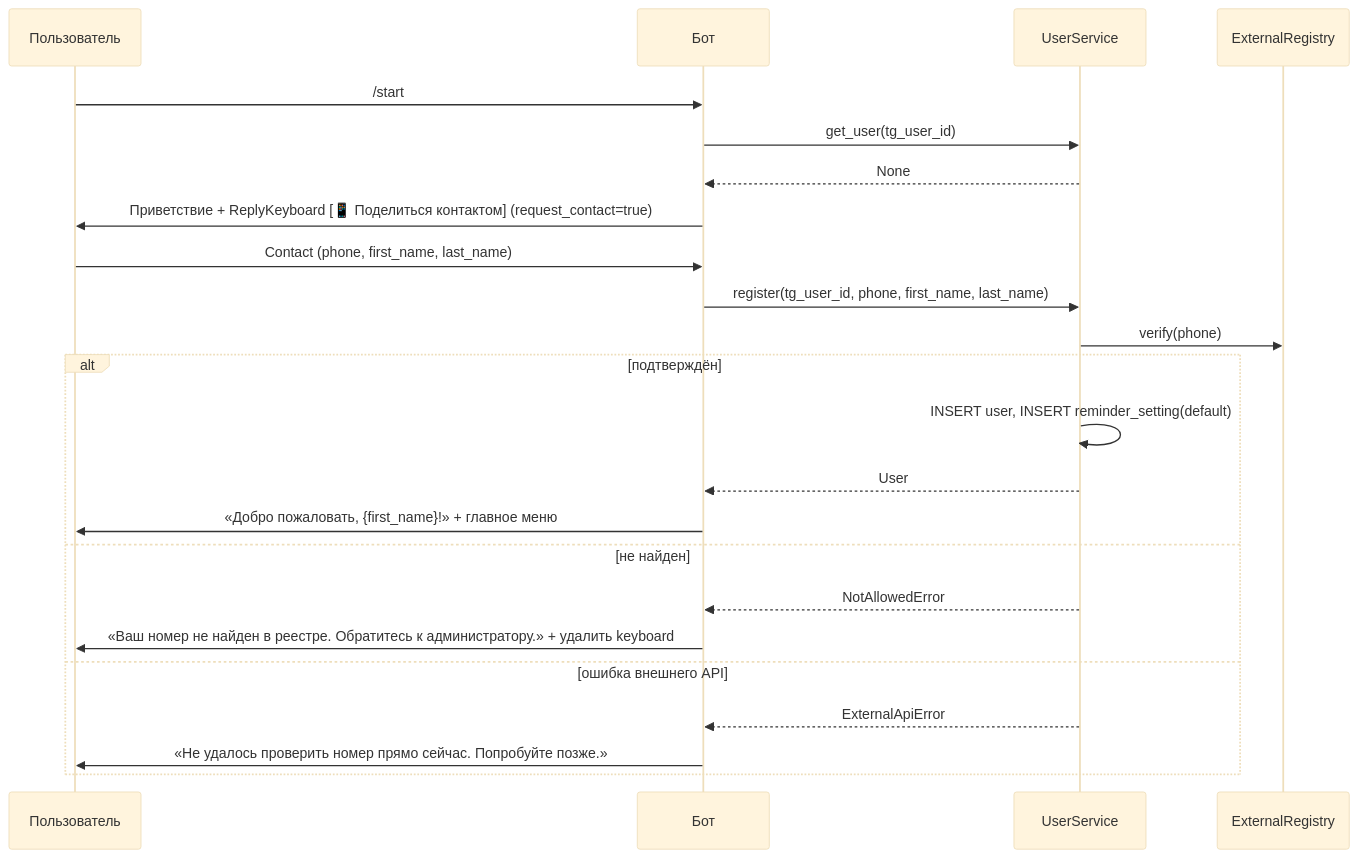
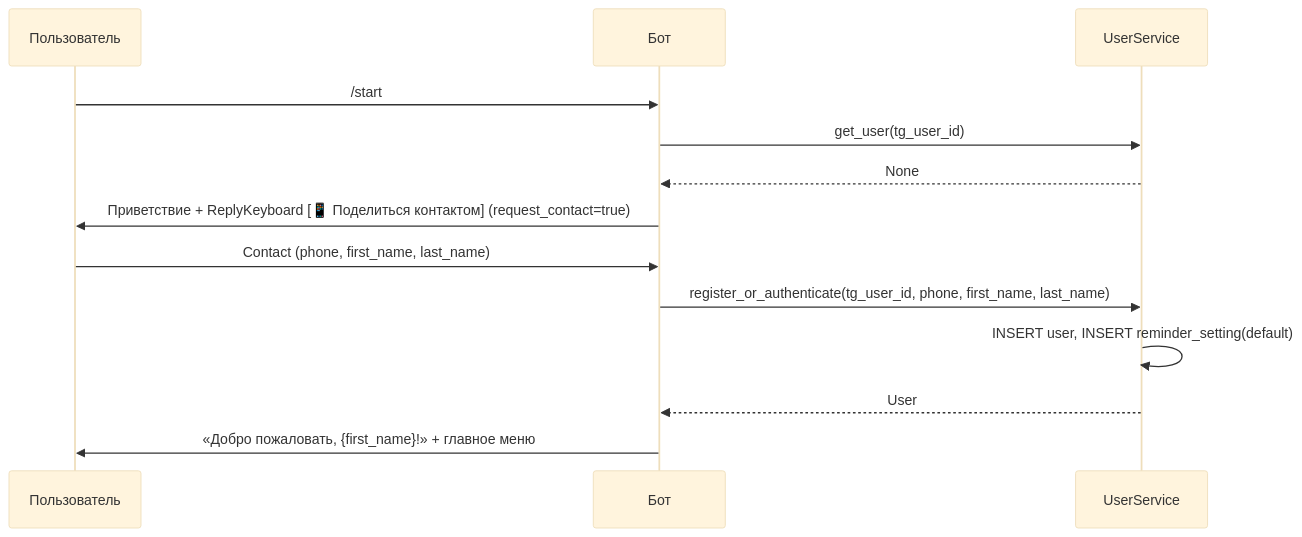
The first of 2 diagrams in docs/04-bot-flows.md (nmetluk/bettgbot), drawn with Mermaid (base theme) before and after one commit. The commit also changed other lines of this file and 5 other files, not shown here.

First line of the commit message:
docs(handoff): TASK-096 open registration, remove external registry

````diff
--- a/docs/04-bot-flows.md
+++ b/docs/04-bot-flows.md
@@ -23,26 +25,16 @@
 ```mermaid
 sequenceDiagram
     participant U as Пользователь
     participant B as Бот
     participant US as UserService
-    participant E as ExternalRegistry
 
     U->>B: /start
     B->>US: get_user(tg_user_id)
     US-->>B: None
     B->>U: Приветствие + ReplyKeyboard [📱 Поделиться контактом] (request_contact=true)
     U->>B: Contact (phone, first_name, last_name)
-    B->>US: register(tg_user_id, phone, first_name, last_name)
-    US->>E: verify(phone)
-    alt подтверждён
-        US->>US: INSERT user, INSERT reminder_setting(default)
-        US-->>B: User
-        B->>U: «Добро пожаловать, {first_name}!» + главное меню
-    else не найден
-        US-->>B: NotAllowedError
-        B->>U: «Ваш номер не найден в реестре. Обратитесь к администратору.» + удалить keyboard
-    else ошибка внешнего API
-        US-->>B: ExternalApiError
-        B->>U: «Не удалось проверить номер прямо сейчас. Попробуйте позже.»
-    end
+    B->>US: register_or_authenticate(tg_user_id, phone, first_name, last_name)
+    US->>US: INSERT user, INSERT reminder_setting(default)
+    US-->>B: User
+    B->>U: «Добро пожаловать, {first_name}!» + главное меню
 ```
````
